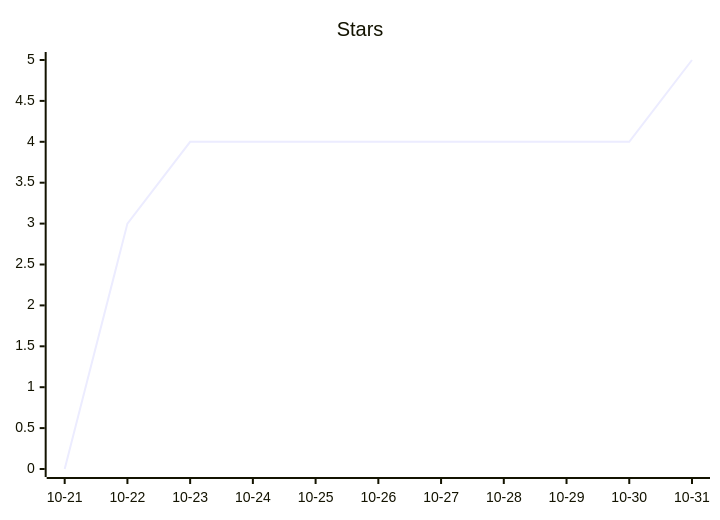
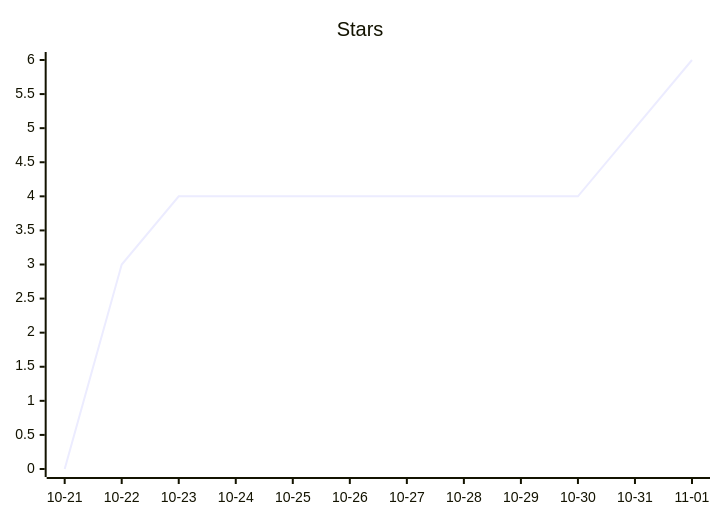
Before and after one commit to ArtemkaGoldMan/ContextSwitcher: the second of 3 diagrams in README.md, drawn with Mermaid. The commit also changed other lines of this file and 6 other files, not shown here.

````diff
--- a/README.md
+++ b/README.md
@@ -43,6 +43,6 @@
 ```mermaid
 xychart-beta
     title "Stars"
-    x-axis ["10-21", "10-22", "10-23", "10-24", "10-25", "10-26", "10-27", "10-28", "10-29", "10-30", "10-31"]
-    line [0, 3, 4, 4, 4, 4, 4, 4, 4, 4, 5]
+    x-axis ["10-21", "10-22", "10-23", "10-24", "10-25", "10-26", "10-27", "10-28", "10-29", "10-30", "10-31", "11-01"]
+    line [0, 3, 4, 4, 4, 4, 4, 4, 4, 4, 5, 6]
 ```
````
